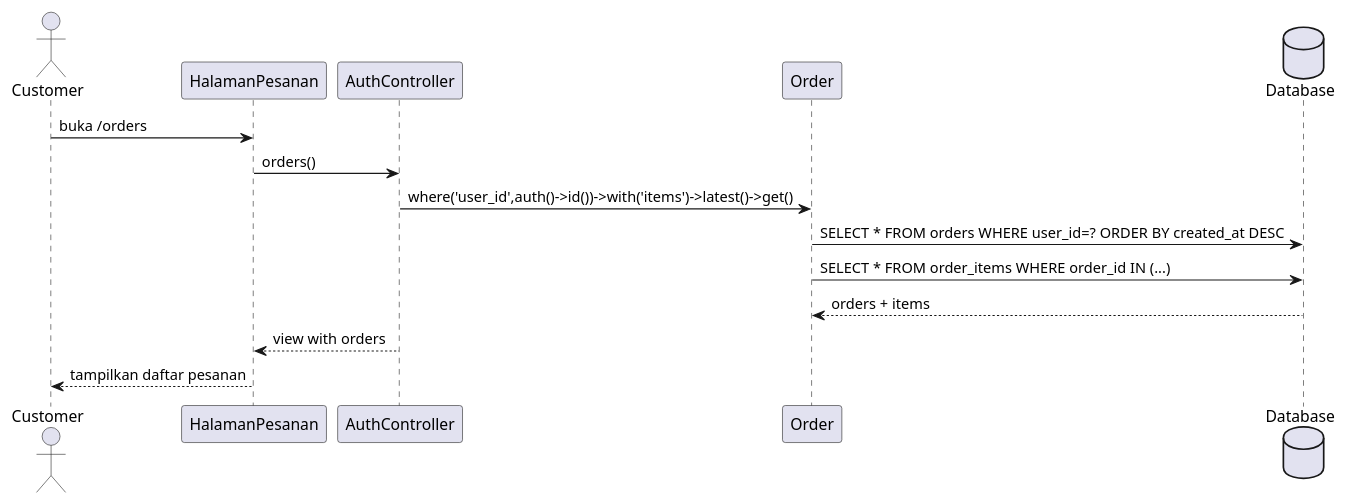
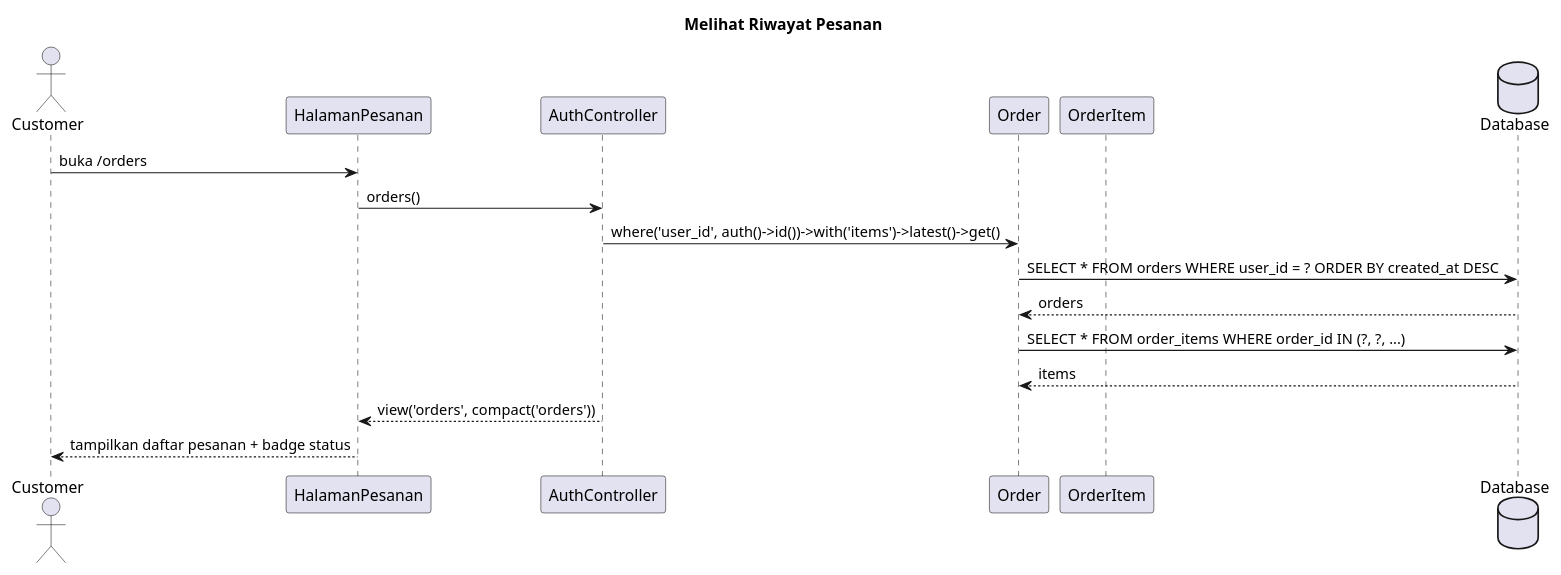
The eighth of 10 diagrams in DPPL.md (notsorcerer/ABP-WEB), drawn with PlantUML before and after one commit. The commit also changed other lines of this file and 1 other file, not shown here.

````diff
--- a/DPPL.md
+++ b/DPPL.md
@@ -1373,20 +1336,22 @@
 ```plantuml
 @startuml
+title Melihat Riwayat Pesanan
+
 actor Customer
 participant "HalamanPesanan" as UI
 participant "AuthController" as C
-participant "Order" as M
+participant "Order" as O
+participant "OrderItem" as OI
 database "Database" as DB
 
 Customer -> UI : buka /orders
 UI -> C : orders()
-
-C -> M : where('user_id',auth()->id())->with('items')->latest()->get()
-M -> DB : SELECT * FROM orders WHERE user_id=? ORDER BY created_at DESC
-M -> DB : SELECT * FROM order_items WHERE order_id IN (...)
-DB --> M : orders + items
-
-C --> UI : view with orders
-UI --> Customer : tampilkan daftar pesanan
+C -> O : where('user_id', auth()->id())->with('items')->latest()->get()
+O -> DB : SELECT * FROM orders WHERE user_id = ? ORDER BY created_at DESC
+DB --> O : orders
+O -> DB : SELECT * FROM order_items WHERE order_id IN (?, ?, ...)
+DB --> O : items
+C --> UI : view('orders', compact('orders'))
+UI --> Customer : tampilkan daftar pesanan + badge status
 @enduml
 ```
````
